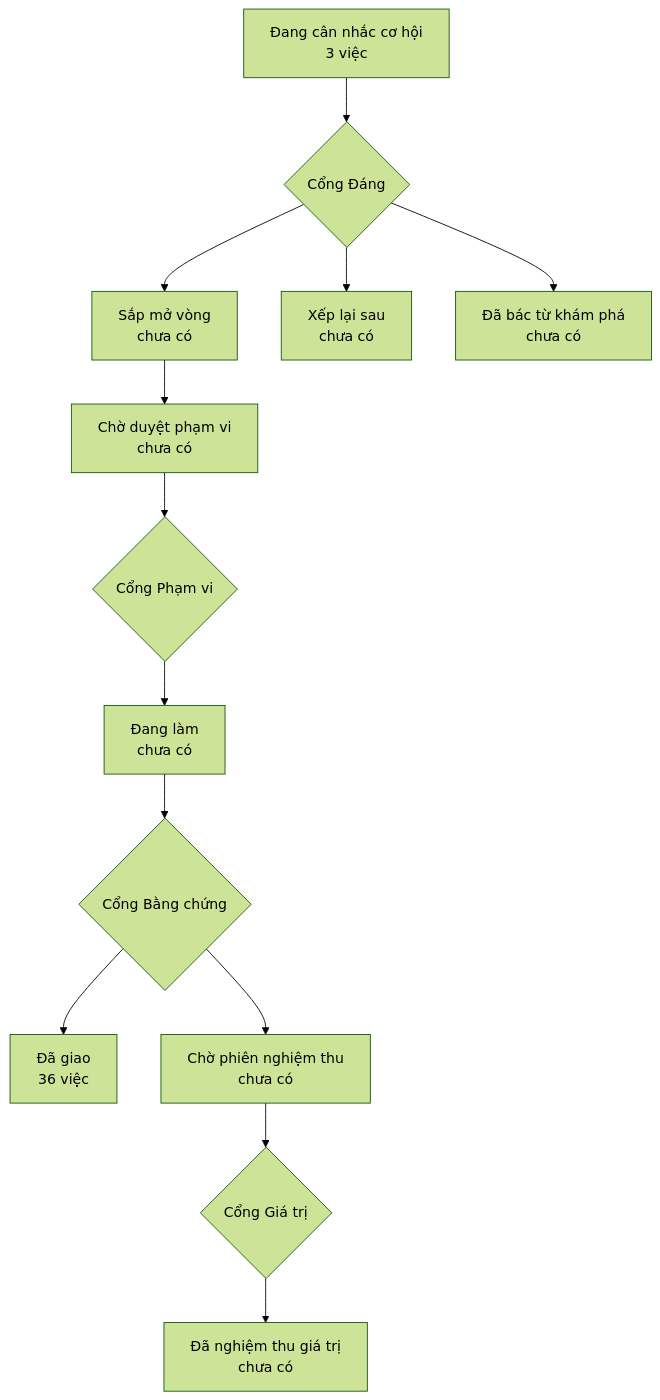
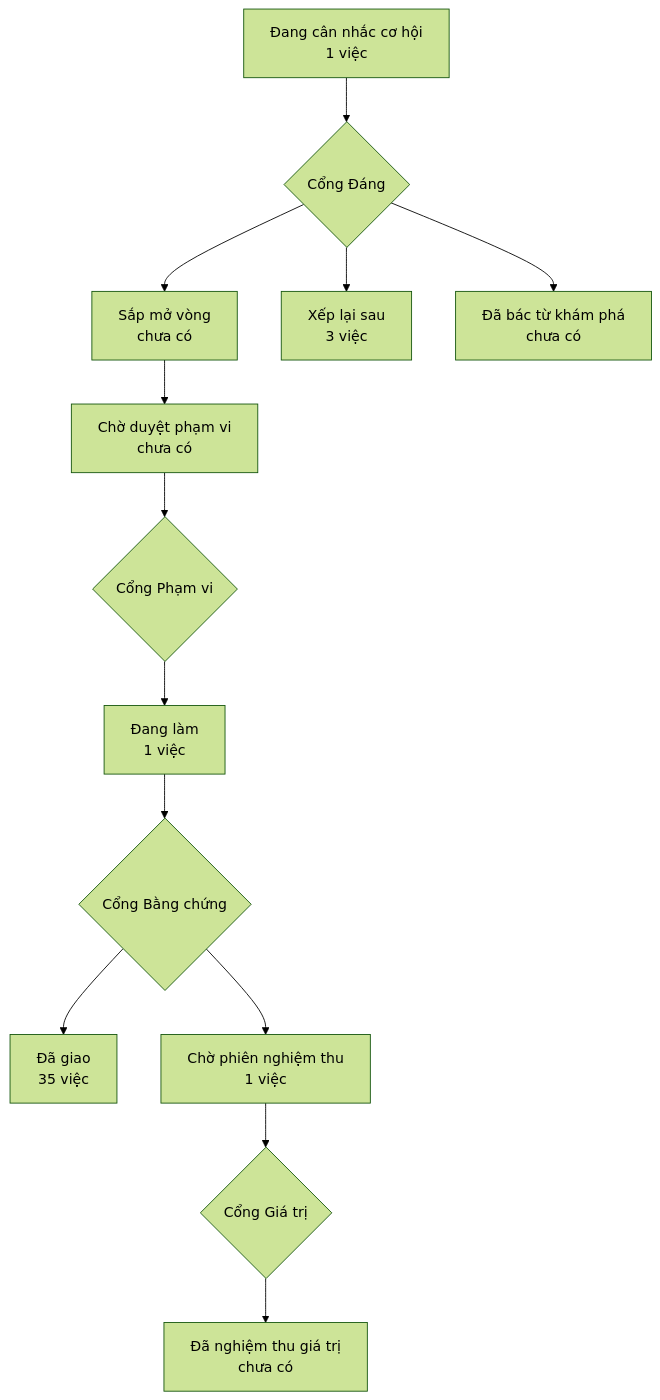
One commit to phanlemanh/OneFlow changed the diagram in PRODUCT-MAP.md. Above: the diagram before and after it, drawn with Mermaid (forest theme). The commit also changed other lines of this file and 2 other files, not shown here.

````diff
--- a/PRODUCT-MAP.md
+++ b/PRODUCT-MAP.md
@@ -6,12 +6,12 @@
 ```mermaid
 flowchart TD
-  A["Đang cân nhắc cơ hội<br/>3 việc"] --> GD{"Cổng Đáng"}
+  A["Đang cân nhắc cơ hội<br/>1 việc"] --> GD{"Cổng Đáng"}
   GD --> B["Sắp mở vòng<br/>chưa có"]
-  GD --> XL["Xếp lại sau<br/>chưa có"]
+  GD --> XL["Xếp lại sau<br/>3 việc"]
   GD --> DB["Đã bác từ khám phá<br/>chưa có"]
   B --> CD["Chờ duyệt phạm vi<br/>chưa có"] --> GP{"Cổng Phạm vi"}
-  GP --> DL["Đang làm<br/>chưa có"] --> GB{"Cổng Bằng chứng"}
-  GB --> DG["Đã giao<br/>36 việc"]
-  GB --> CN["Chờ phiên nghiệm thu<br/>chưa có"] --> GG{"Cổng Giá trị"}
+  GP --> DL["Đang làm<br/>1 việc"] --> GB{"Cổng Bằng chứng"}
+  GB --> DG["Đã giao<br/>35 việc"]
+  GB --> CN["Chờ phiên nghiệm thu<br/>1 việc"] --> GG{"Cổng Giá trị"}
   GG --> NT["Đã nghiệm thu giá trị<br/>chưa có"]
 ```
````
